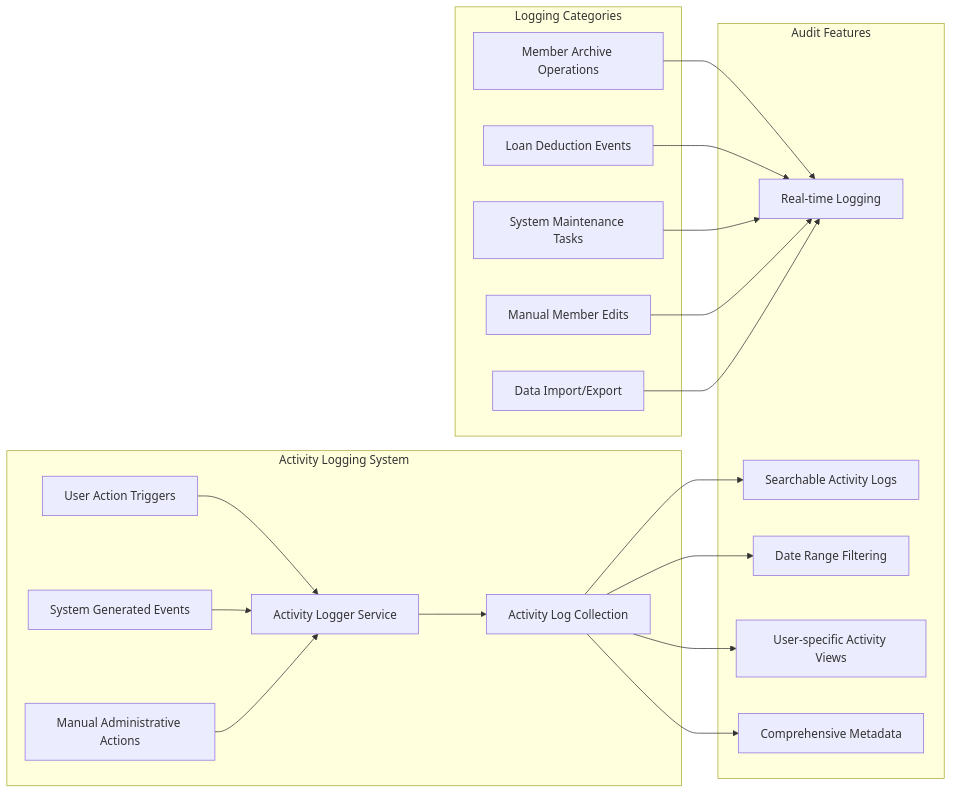
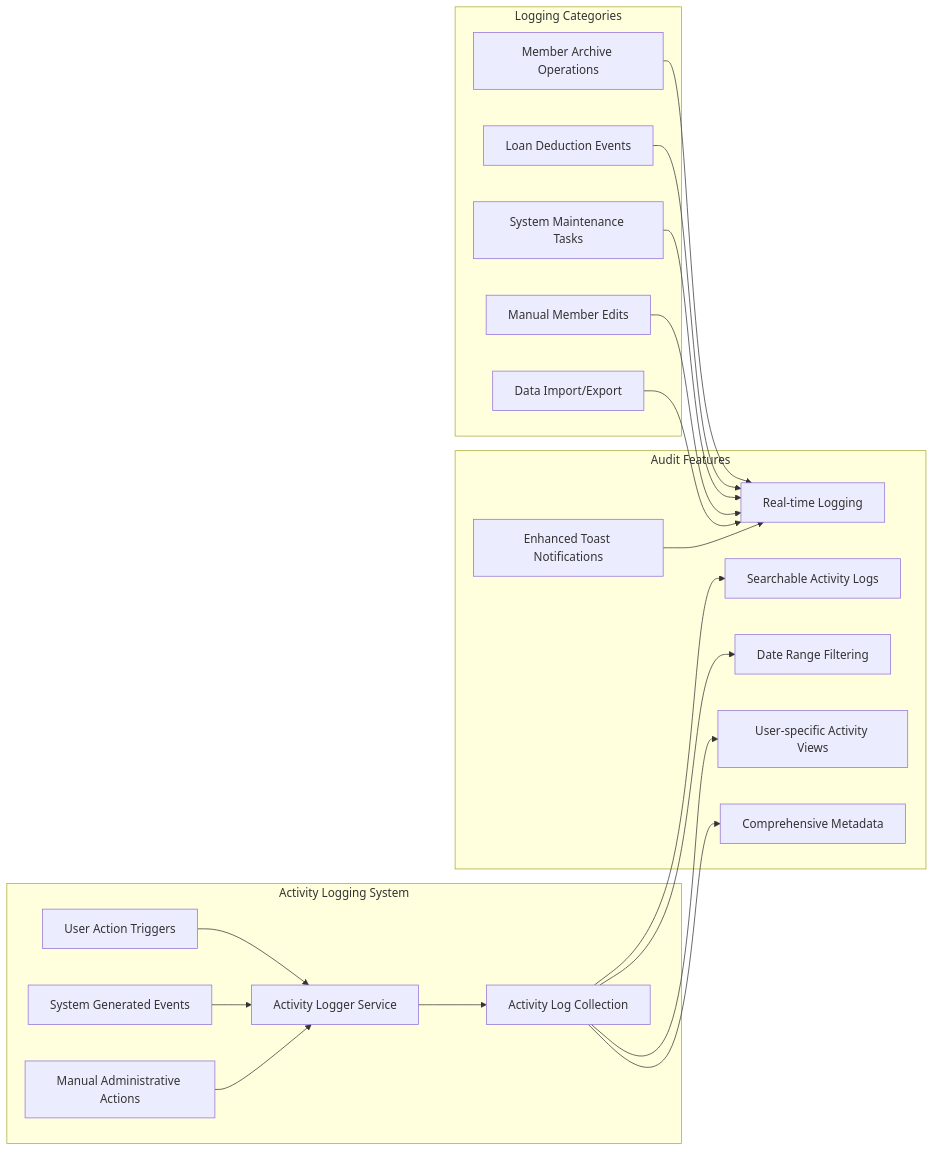
Before and after one commit to Unsure-bry/sampacoop_system: diagram 14 of 15 in .qoder/repowiki/en/content/Member Management System/Member Records System.md, drawn with Mermaid. The commit also changed other lines of this file and 6 other files, not shown here.

````diff
--- a/.qoder/repowiki/en/content/Member Management System/Member Records System.md
+++ b/.qoder/repowiki/en/content/Member Management System/Member Records System.md
@@ -622,37 +659,39 @@
 ```mermaid
 graph LR
 subgraph "Activity Logging System"
 A[Activity Logger Service]
 B[Activity Log Collection]
 C[User Action Triggers]
 D[System Generated Events]
 E[Manual Administrative Actions]
 end
 subgraph "Logging Categories"
 F[Member Archive Operations]
 G[Loan Deduction Events]
 H[System Maintenance Tasks]
 I[Manual Member Edits]
 J[Data Import/Export]
 end
 subgraph "Audit Features"
 K[Real-time Logging]
 L[Searchable Activity Logs]
 M[Date Range Filtering]
 N[User-specific Activity Views]
 O[Comprehensive Metadata]
+P[Enhanced Toast Notifications]
 end
 A --> B
 C --> A
 D --> A
 E --> A
 F --> K
 G --> K
 H --> K
 I --> K
 J --> K
 B --> L
 B --> M
 B --> N
 B --> O
+P --> K
 ```
````
